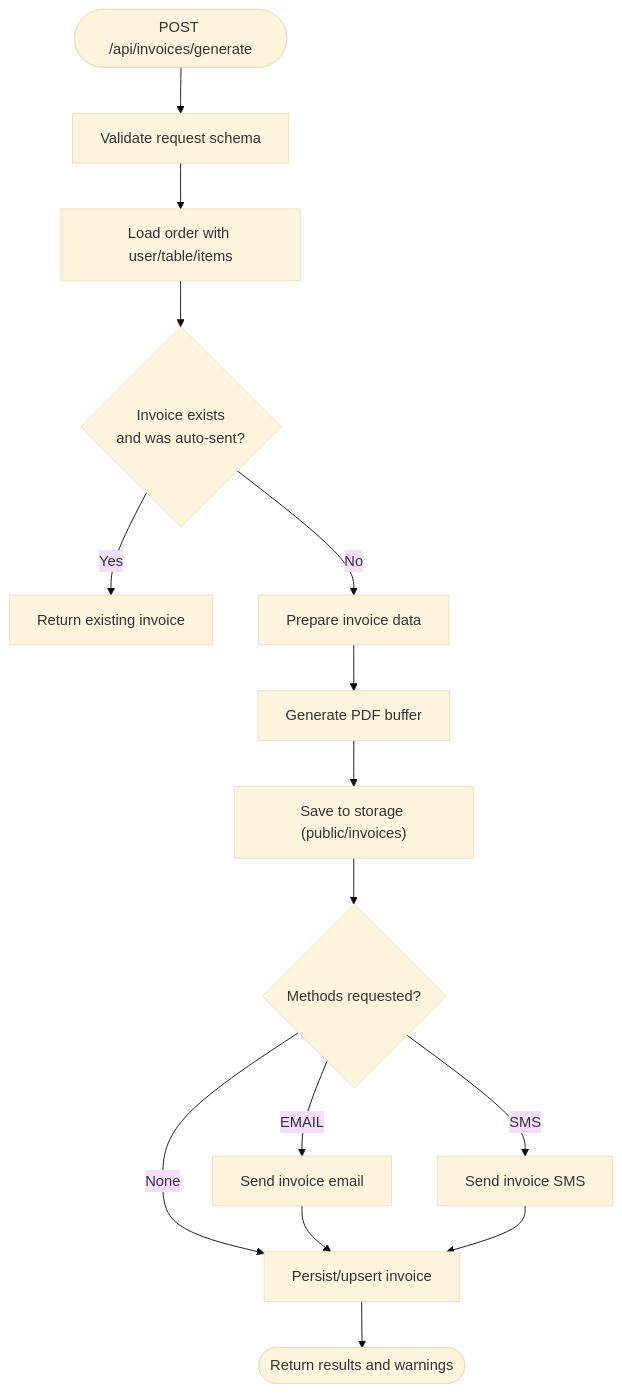
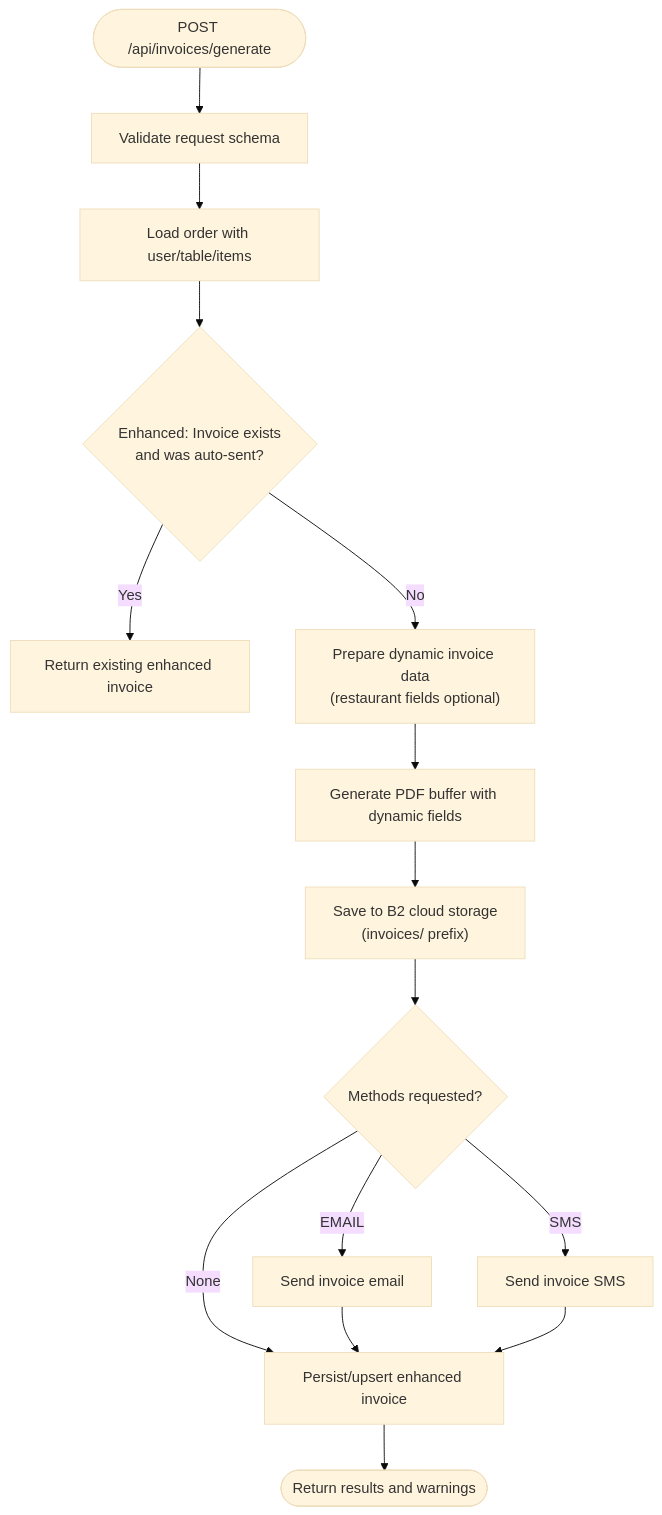
Before and after one commit to Dequeue-Tech/DeQ-Bite: the third of 10 diagrams in .qoder/repowiki/en/content/Document Generation/Document Generation.md, drawn with Mermaid (base theme). The commit also changed other lines of this file and 8 other files, not shown here.

````diff
--- a/.qoder/repowiki/en/content/Document Generation/Document Generation.md
+++ b/.qoder/repowiki/en/content/Document Generation/Document Generation.md
@@ -191,17 +209,17 @@
 ```mermaid
 flowchart TD
 Start(["POST /api/invoices/generate"]) --> Validate["Validate request schema"]
 Validate --> LoadOrder["Load order with user/table/items"]
-LoadOrder --> Exists{"Invoice exists<br/>and was auto-sent?"}
-Exists --> |Yes| ReturnExisting["Return existing invoice"]
-Exists --> |No| Prep["Prepare invoice data"]
-Prep --> GenPDF["Generate PDF buffer"]
-GenPDF --> Store["Save to storage (public/invoices)"]
-Store --> Methods{"Methods requested?"}
+LoadOrder --> Exists{"Enhanced: Invoice exists<br/>and was auto-sent?"}
+Exists --> |Yes| ReturnExisting["Return existing enhanced invoice"]
+Exists --> |No| Prep["Prepare dynamic invoice data<br/>(restaurant fields optional)"]
+Prep --> GenPDF["Generate PDF buffer with dynamic fields"]
+GenPDF --> SaveB2["Save to B2 cloud storage<br/>(invoices/ prefix)"]
+SaveB2 --> Methods{"Methods requested?"}
 Methods --> |EMAIL| Email["Send invoice email"]
 Methods --> |SMS| Sms["Send invoice SMS"]
-Methods --> |None| Persist["Persist/upsert invoice"]
+Methods --> |None| Persist["Persist/upsert enhanced invoice"]
 Email --> Persist
 Sms --> Persist
 Persist --> Done(["Return results and warnings"])
 ```
````
